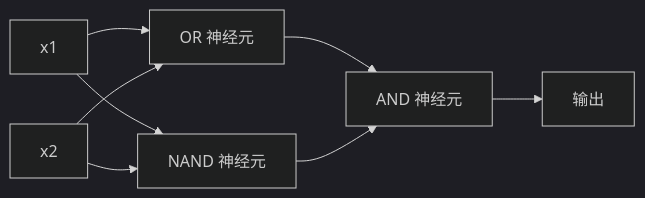
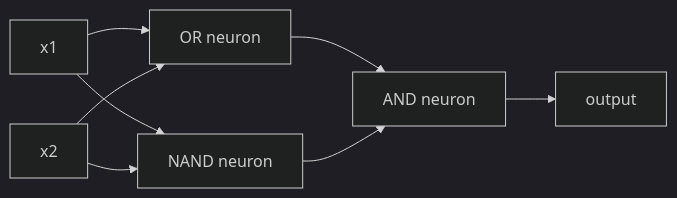
One commit to xiaojiaenen/ai-engineering-from-scratch-zh changed the second of 2 diagrams in i18n/zh/phases/03-deep-learning-core/01-the-perceptron/docs/zh.md. Above: the diagram before and after it, drawn with Mermaid (dark theme). The commit also changed other lines of this file and 13 other files, not shown here.

````diff
--- a/i18n/zh/phases/03-deep-learning-core/01-the-perceptron/docs/zh.md
+++ b/i18n/zh/phases/03-deep-learning-core/01-the-perceptron/docs/zh.md
@@ -218,10 +218,10 @@
 ```mermaid
 graph LR
-    x1["x1"] --> OR["OR 神经元"]
-    x1 --> NAND["NAND 神经元"]
+    x1["x1"] --> OR["OR neuron"]
+    x1 --> NAND["NAND neuron"]
     x2["x2"] --> OR
     x2 --> NAND
-    OR --> AND["AND 神经元"]
+    OR --> AND["AND neuron"]
     NAND --> AND
-    AND --> out["输出"]
+    AND --> out["output"]
 ```
````
